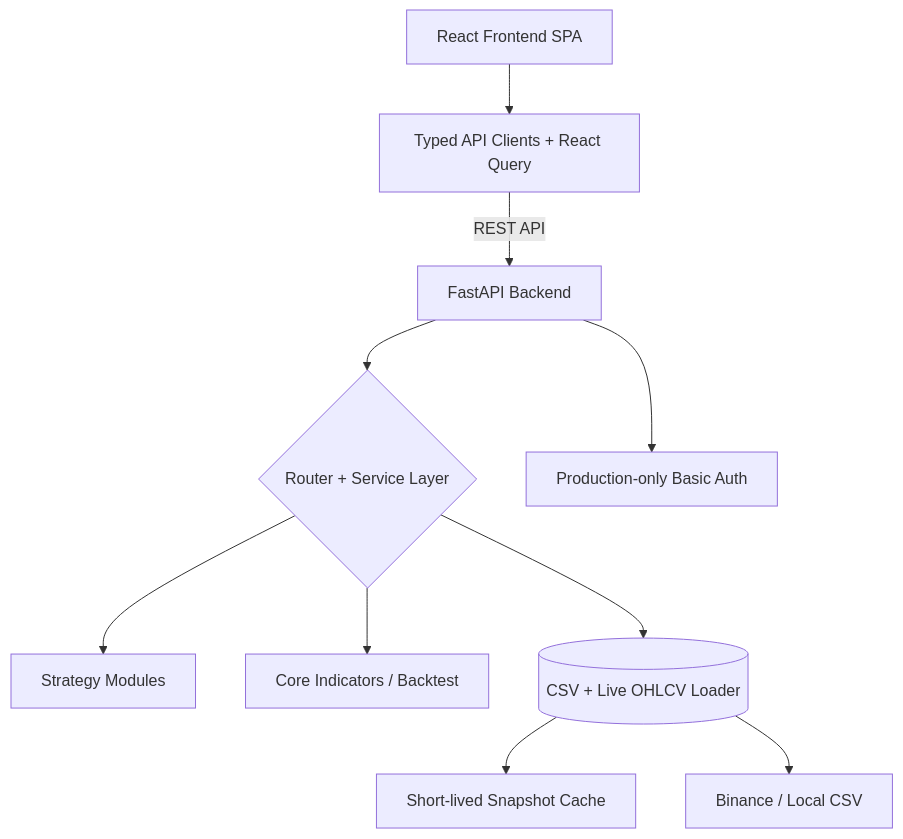
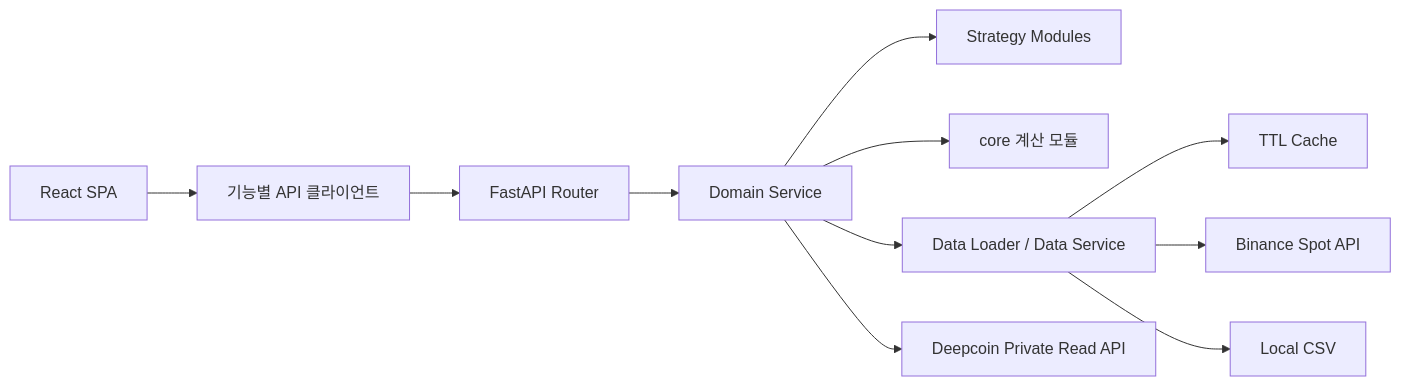
The diagram in ARCHITECTURE.md (alfredcho91-ux/Quant-Lab), drawn with Mermaid before and after one commit. The commit also changed other lines of this file and 270 other files, not shown here.

````diff
--- a/ARCHITECTURE.md
+++ b/ARCHITECTURE.md
@@ -10,12 +7,13 @@
 ```mermaid
-graph TD
-    A[React Frontend SPA] --> B["Typed API Clients + React Query"]
-    B -->|REST API| C[FastAPI Backend]
-    C --> D{Router + Service Layer}
-    D --> E[Strategy Modules]
-    D --> F[Core Indicators / Backtest]
-    D --> G[(CSV + Live OHLCV Loader)]
-    G --> H["Short-lived Snapshot Cache"]
-    G --> I["Binance / Local CSV"]
-    C --> J["Production-only Basic Auth"]
+flowchart LR
+    UI[React SPA] --> API[기능별 API 클라이언트]
+    API --> R[FastAPI Router]
+    R --> S[Domain Service]
+    S --> ST[Strategy Modules]
+    S --> C[core 계산 모듈]
+    S --> D[Data Loader / Data Service]
+    D --> CACHE[TTL Cache]
+    D --> BINANCE[Binance Spot API]
+    D --> CSV[Local CSV]
+    S --> DEEPCOIN[Deepcoin Private Read API]
 ```
````
